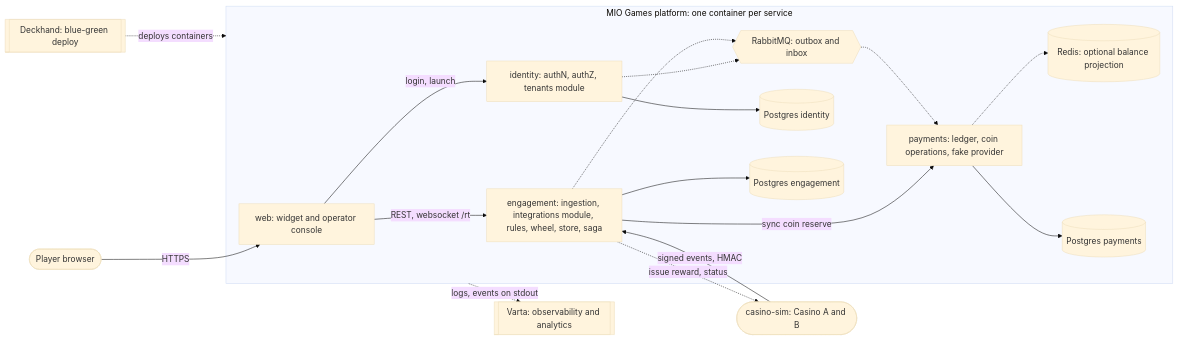
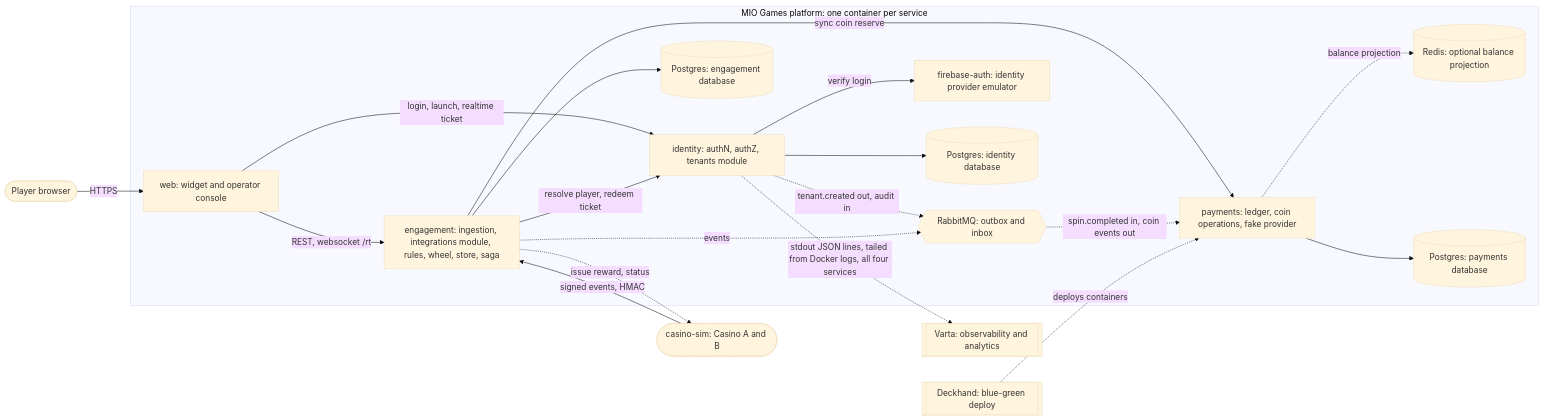
Before and after one commit to maxml/ex-mio-games: the first of 7 diagrams in docs/architecture/README.md, drawn with Mermaid (base theme). The commit also changed other lines of this file and 25 other files, not shown here.

First line of the commit message:
docs: rebuild the ERDs from the real schema (identity 13, engagement 15, payments 22 tables) and fix the other diagrams against the code

````diff
--- a/docs/architecture/README.md
+++ b/docs/architecture/README.md
@@ -66,34 +69,37 @@
 ```mermaid
 flowchart LR
   player([Player browser]) -->|HTTPS| web
   casino([casino-sim: Casino A and B]) -->|signed events, HMAC| engagement
   engagement -.->|issue reward, status| casino
 
   subgraph platform [MIO Games platform: one container per service]
     web[web: widget and operator console]
     identity[identity: authN, authZ, tenants module]
     engagement[engagement: ingestion, integrations module, rules, wheel, store, saga]
     payments[payments: ledger, coin operations, fake provider]
     rabbit{{RabbitMQ: outbox and inbox}}
     redis[(Redis: optional balance projection)]
-    idb[(Postgres identity)]
-    edb[(Postgres engagement)]
-    pdb[(Postgres payments)]
+    firebase[firebase-auth: identity provider emulator]
+    idb[(Postgres: identity database)]
+    edb[(Postgres: engagement database)]
+    pdb[(Postgres: payments database)]
   end
 
-  web -->|login, launch| identity
+  web -->|login, launch, realtime ticket| identity
   web -->|REST, websocket /rt| engagement
+  identity -->|verify login| firebase
+  engagement -->|resolve player, redeem ticket| identity
   engagement -->|sync coin reserve| payments
   identity --> idb
   engagement --> edb
   payments --> pdb
-  identity -.-> rabbit
-  engagement -.-> rabbit
-  rabbit -.-> payments
-  payments -.-> redis
+  identity -.->|tenant.created out, audit in| rabbit
+  engagement -.->|events| rabbit
+  rabbit -.->|spin.completed in, coin events out| payments
+  payments -.->|balance projection| redis
 
   varta[[Varta: observability and analytics]]
   deckhand[[Deckhand: blue-green deploy]]
-  platform -.->|logs, events on stdout| varta
-  deckhand -.->|deploys containers| platform
+  identity -.->|stdout JSON lines, tailed from Docker logs, all four services| varta
+  deckhand -.->|deploys containers| payments
 ```
````
